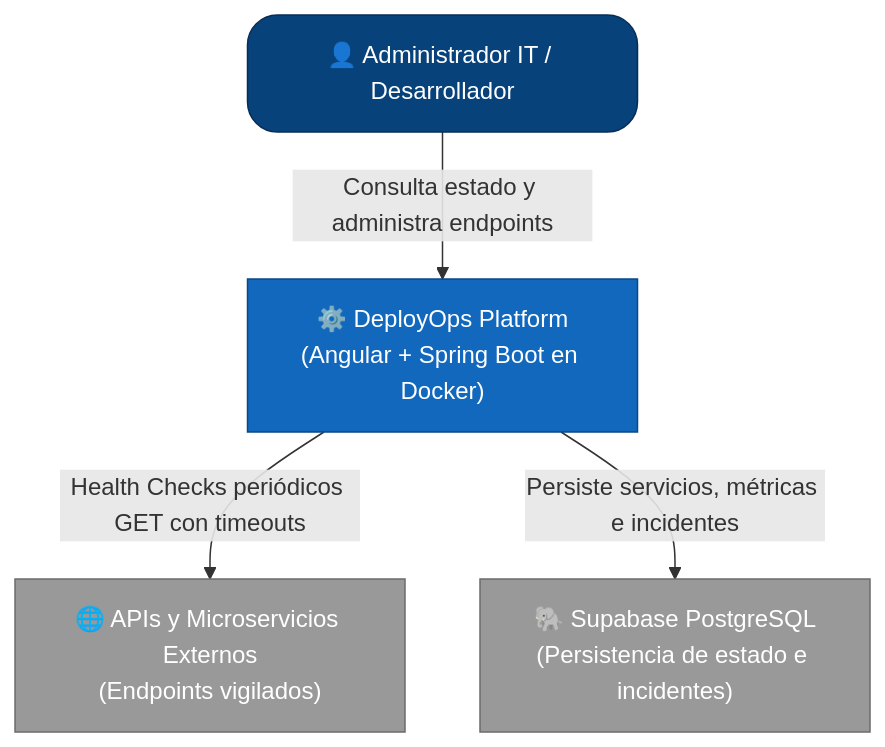
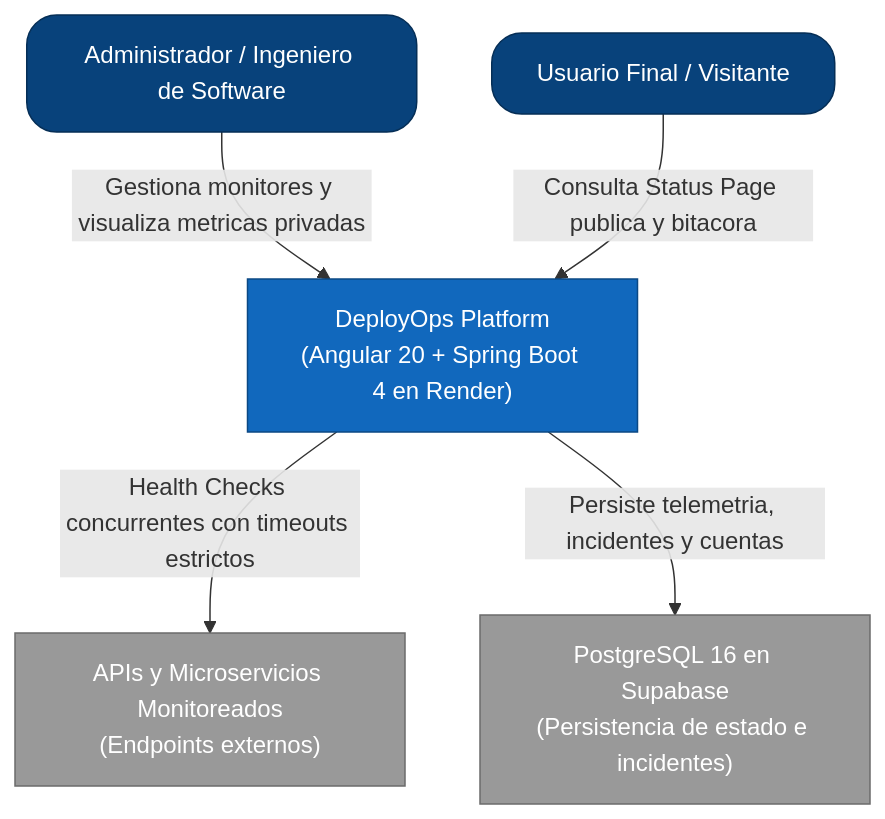
Before and after one commit to Marcosdaag/deploy-ops: the first of 3 diagrams in docs/ARCHITECTURE.md, drawn with Mermaid. The commit also changed other lines of this file and 4 other files, not shown here.

````diff
--- a/docs/ARCHITECTURE.md
+++ b/docs/ARCHITECTURE.md
@@ -11,17 +11,19 @@
 ```mermaid
 flowchart TD
     classDef person fill:#08427b,stroke:#052e56,color:#fff,rx:20,ry:20
     classDef system fill:#1168bd,stroke:#0b4884,color:#fff
     classDef external fill:#999999,stroke:#6b6b6b,color:#fff
     
-    Admin["👤 Administrador IT / Desarrollador"]:::person
+    Admin["Administrador / Ingeniero de Software"]:::person
+    PublicUser["Usuario Final / Visitante"]:::person
     
-    DeployOps["⚙️ DeployOps Platform<br/>(Angular + Spring Boot en Docker)"]:::system
+    DeployOps["DeployOps Platform<br/>(Angular 20 + Spring Boot 4 en Render)"]:::system
     
-    APIs["🌐 APIs y Microservicios Externos<br/>(Endpoints vigilados)"]:::external
-    Supabase["🐘 Supabase PostgreSQL<br/>(Persistencia de estado e incidentes)"]:::external
+    APIs["APIs y Microservicios Monitoreados<br/>(Endpoints externos)"]:::external
+    Supabase["PostgreSQL 16 en Supabase<br/>(Persistencia de estado e incidentes)"]:::external
 
-    Admin -->|Consulta estado y administra endpoints| DeployOps
-    DeployOps -->|Health Checks periódicos GET con timeouts| APIs
-    DeployOps -->|Persiste servicios, métricas e incidentes| Supabase
+    Admin -->|Gestiona monitores y visualiza metricas privadas| DeployOps
+    PublicUser -->|Consulta Status Page publica y bitacora| DeployOps
+    DeployOps -->|Health Checks concurrentes con timeouts estrictos| APIs
+    DeployOps -->|Persiste telemetria, incidentes y cuentas| Supabase
 ```
````
